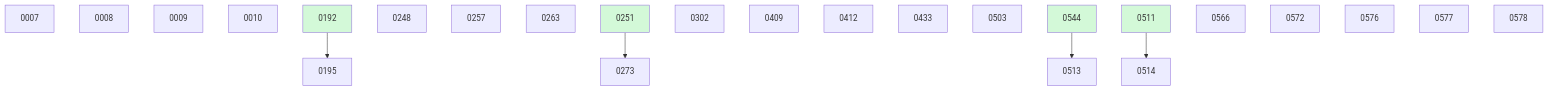
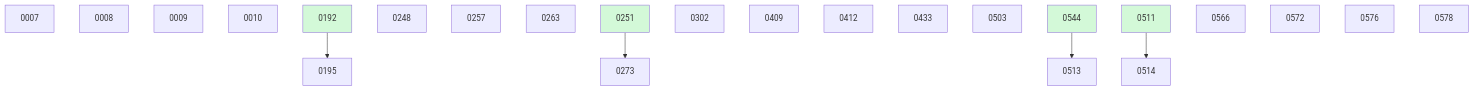
One commit to danielhanold/docket changed the diagram in docs/changes/BOARD.md. Above: the diagram before and after it, drawn with Mermaid. The commit also changed other lines of this file and 4 other files, not shown here.

````diff
--- a/docs/changes/BOARD.md
+++ b/docs/changes/BOARD.md
@@ -41,29 +35,28 @@
 ```mermaid
 graph TD
   0007
   0008
   0009
   0010
   0192 --> 0195
   0248
   0257
   0263
   0251 --> 0273
   0302
   0409
   0412
   0433
   0503
   0544 --> 0513
   0511 --> 0514
   0566
   0572
   0576
-  0577
   0578
   0192:::done
   0251:::done
   0511:::done
   0544:::done
   classDef done fill:#d3f9d8;
 ```
````
